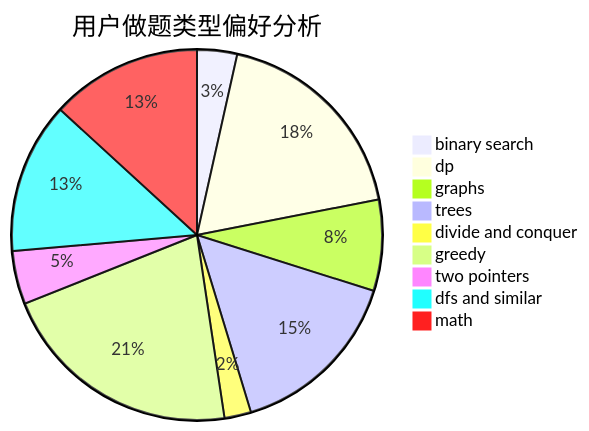
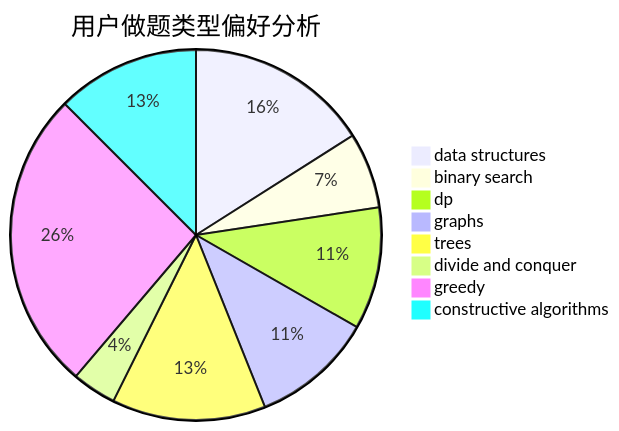
Before and after one commit to sherpahu/cfrs.github.io: the second of 3 diagrams in docs/user/u1740.md, drawn with Mermaid. The commit also changed other lines of this file and 2775 other files, not shown here.

````diff
--- a/docs/user/u1740.md
+++ b/docs/user/u1740.md
@@ -23,12 +23,11 @@
 ```mermaid
 pie title 用户做题类型偏好分析
+    "data structures" :  87
     "binary search" :  36
-    "dp" :  190
-    "graphs" :  82
-    "trees" :  159
-    "divide and conquer" :  24
-    "greedy" :  220
-    "two pointers" :  48
-    "dfs and similar" :  136
-    "math" :  136
+    "dp" :  58
+    "graphs" :  58
+    "trees" :  73
+    "divide and conquer" :  21
+    "greedy" :  143
+    "constructive algorithms" :  68
 ```
````
